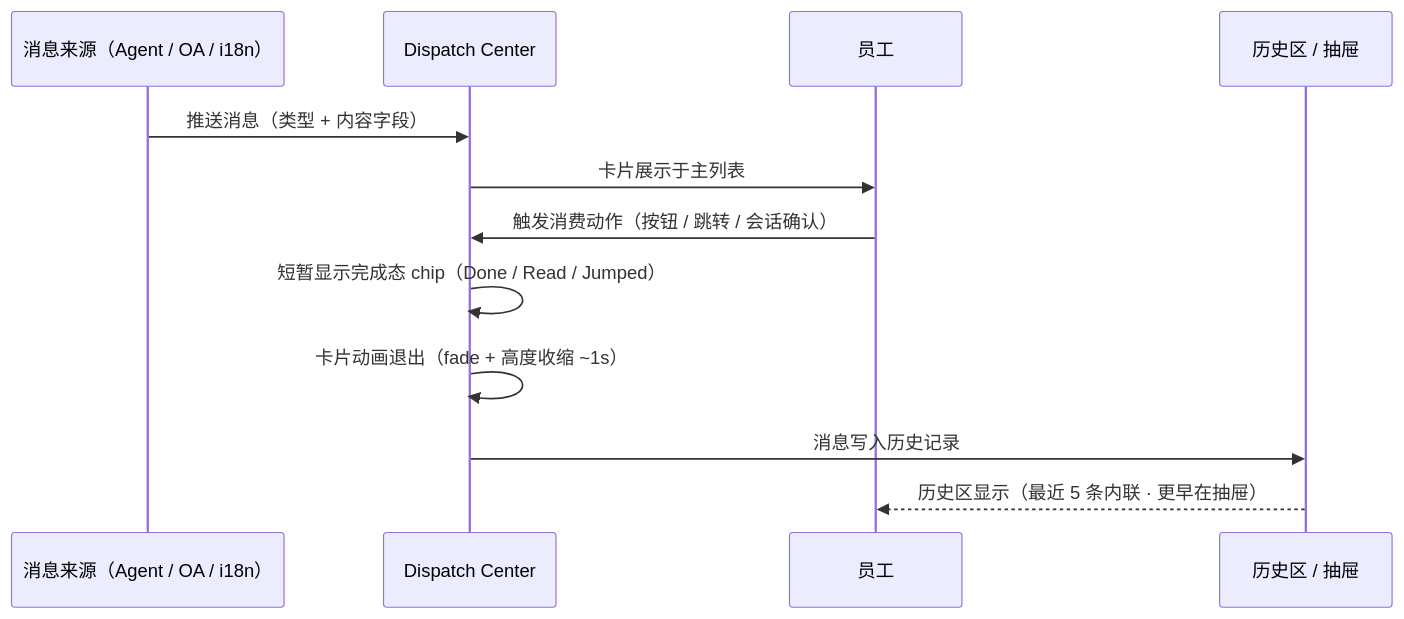
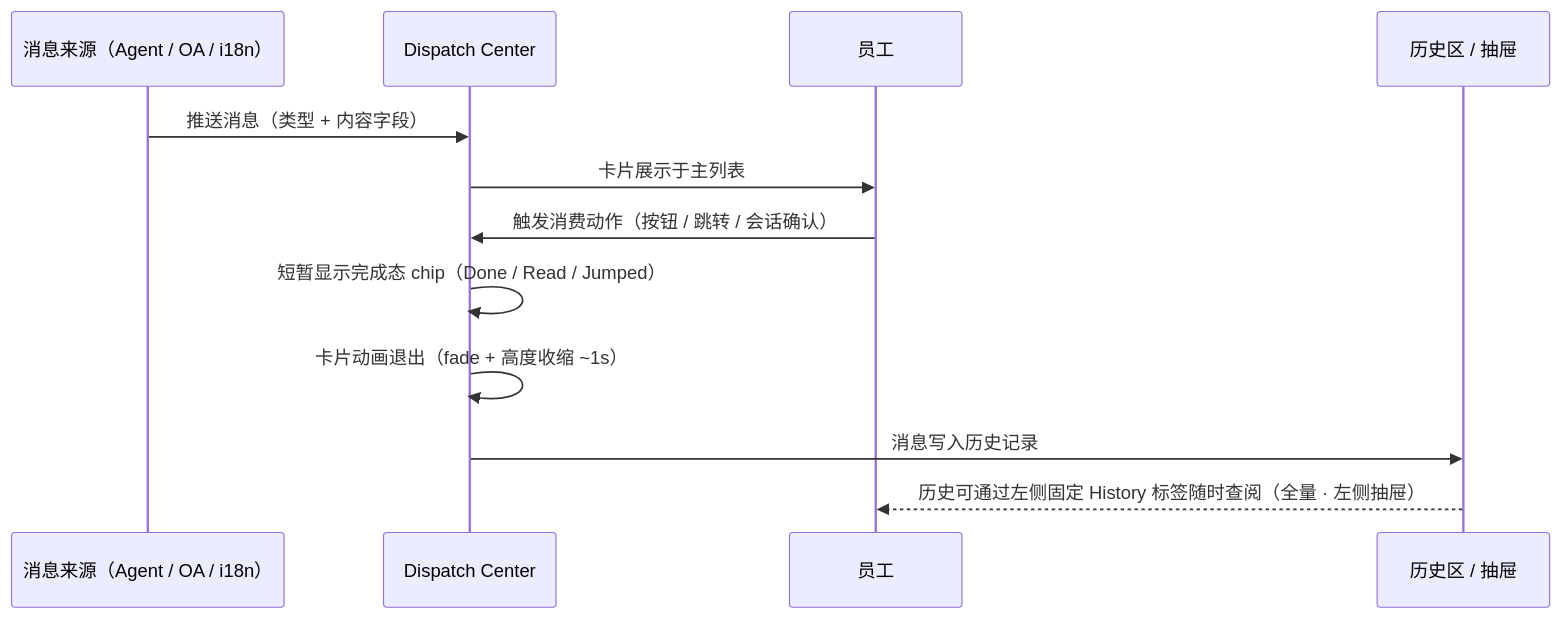
Before and after one commit to PerfectKO-wb/Doraemon-prototype: the second of 2 diagrams in D系统3.0相关文档（PAP）/D员工任务管理-Dispatch Center.md, drawn with Mermaid. The commit also changed other lines of this file and 25 other files, not shown here.

````diff
--- a/D系统3.0相关文档（PAP）/D员工任务管理-Dispatch Center.md
+++ b/D系统3.0相关文档（PAP）/D员工任务管理-Dispatch Center.md
@@ -71,15 +76,15 @@
 ```mermaid
 sequenceDiagram
     participant Src as 消息来源（Agent / OA / i18n）
     participant DC as Dispatch Center
     participant User as 员工
     participant Hist as 历史区 / 抽屉
 
     Src->>DC: 推送消息（类型 + 内容字段）
     DC->>User: 卡片展示于主列表
     User->>DC: 触发消费动作（按钮 / 跳转 / 会话确认）
     DC->>DC: 短暂显示完成态 chip（Done / Read / Jumped）
     DC->>DC: 卡片动画退出（fade + 高度收缩 ~1s）
     DC->>Hist: 消息写入历史记录
-    Hist-->>User: 历史区显示（最近 5 条内联 · 更早在抽屉）
+    Hist-->>User: 历史可通过左侧固定 History 标签随时查阅（全量 · 左侧抽屉）
 ```
````
